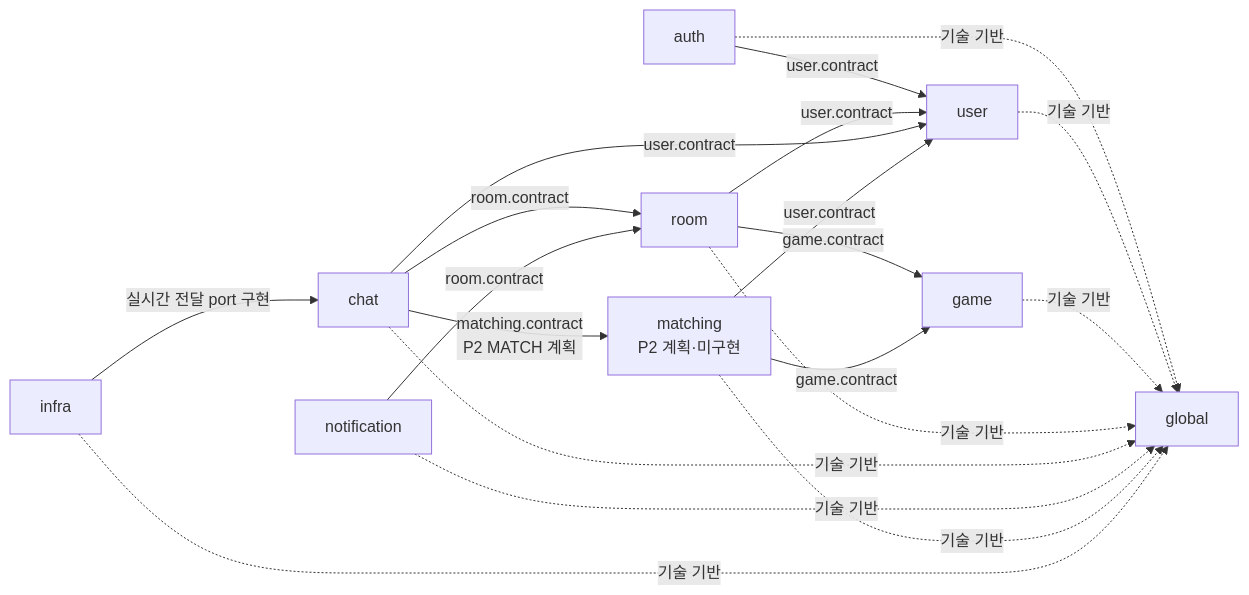
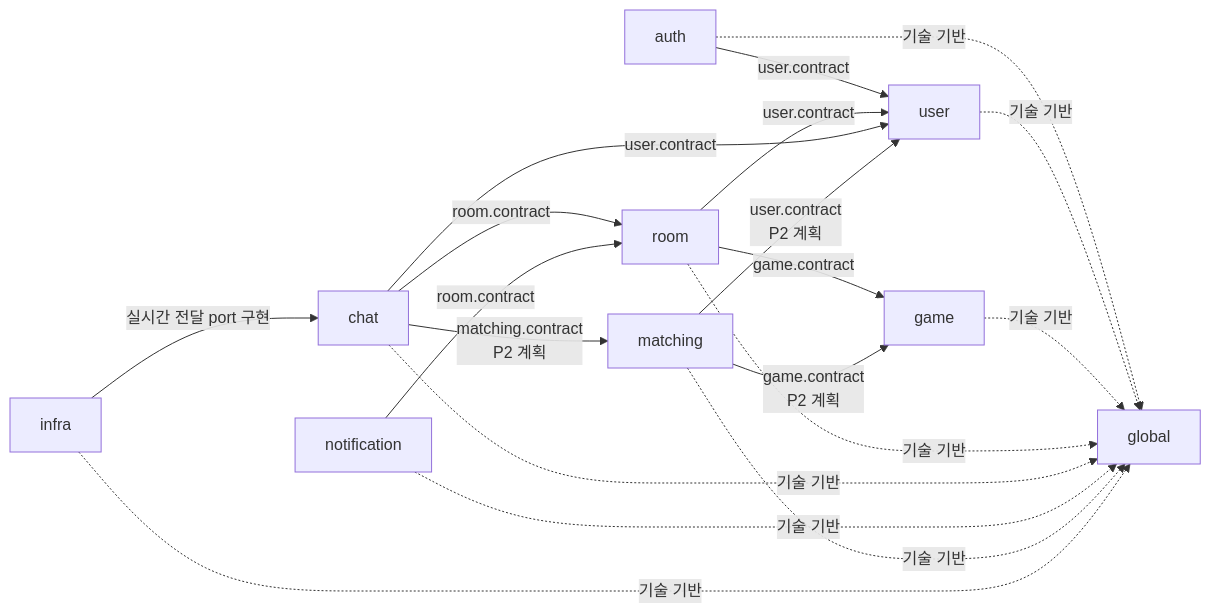
One commit to bamsongi-club/albam-mate changed the first of 9 diagrams in docs/ARCHITECTURE.md. Above: the diagram before and after it, drawn with Mermaid. The commit also changed other lines of this file and 16 other files, not shown here.

````diff
--- a/docs/ARCHITECTURE.md
+++ b/docs/ARCHITECTURE.md
@@ -52,22 +52,22 @@
 ```mermaid
 flowchart LR
     auth["auth"] -->|"user.contract"| user["user"]
     room["room"] -->|"user.contract"| user
     room -->|"game.contract"| game["game"]
     chat["chat"] -->|"room.contract"| room
     chat -->|"user.contract"| user
     notification["notification"] -->|"room.contract"| room
-    matching["matching<br/>P2 계획·미구현"] -->|"user.contract"| user
-    matching -->|"game.contract"| game
-    chat -->|"matching.contract<br/>P2 MATCH 계획"| matching
+    matching["matching"] -->|"user.contract<br/>P2 계획"| user
+    matching -->|"game.contract<br/>P2 계획"| game
+    chat -->|"matching.contract<br/>P2 계획"| matching
 
     auth -.->|"기술 기반"| global["global"]
     user -.->|"기술 기반"| global
     game -.->|"기술 기반"| global
     room -.->|"기술 기반"| global
     chat -.->|"기술 기반"| global
     notification -.->|"기술 기반"| global
     matching -.->|"기술 기반"| global
     infra["infra"] -.->|"기술 기반"| global
     infra -->|"실시간 전달 port 구현"| chat
 ```
````
